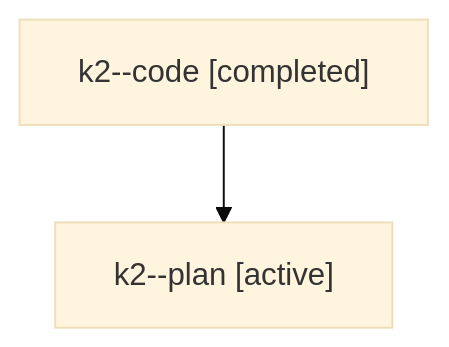
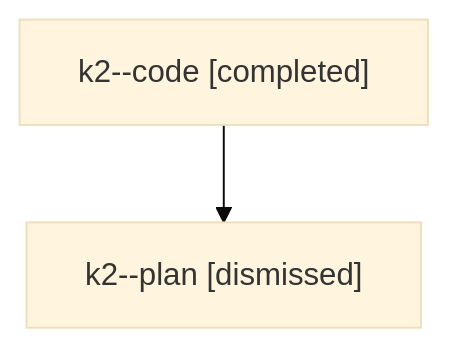
Before and after one commit to sase-org/sase--agents: the diagram in sessions/bbugyi200.athena.k2.md, drawn with Mermaid (base theme). The commit also changed other lines of this file and 34 other files, not shown here.

````diff
--- a/sessions/bbugyi200.athena.k2.md
+++ b/sessions/bbugyi200.athena.k2.md
@@ -9,6 +9,6 @@
 ```mermaid
 flowchart TD
   n0["k2--code [completed]"]
-  n1["k2--plan [active]"]
+  n1["k2--plan [dismissed]"]
   n0 --> n1
 ```
````
